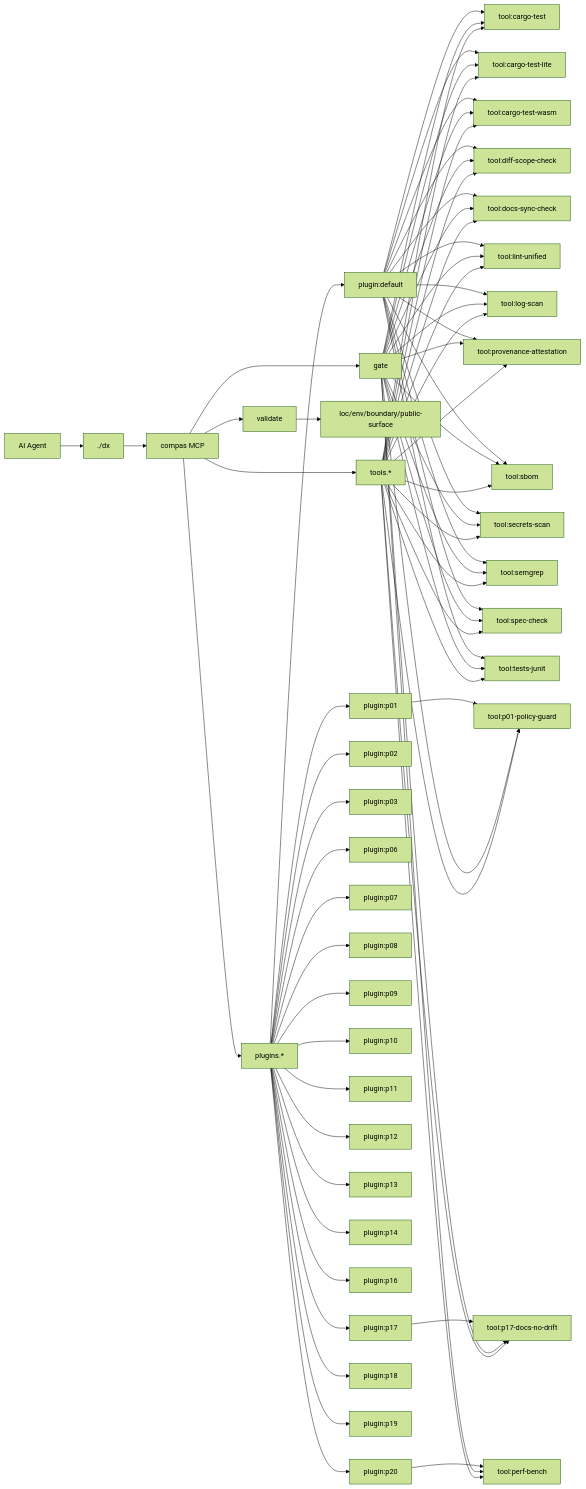
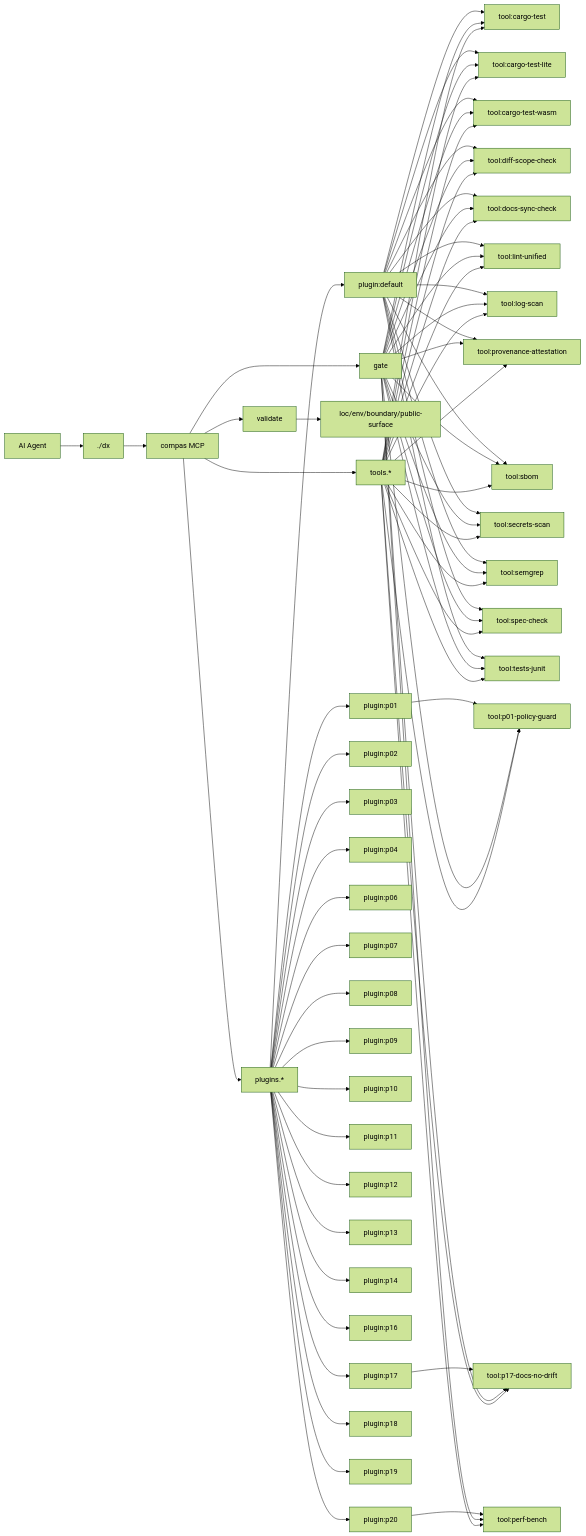
The diagram in AGENTS.md (AmirTlinov/compas), drawn with Mermaid (forest theme) before and after one commit. The commit also changed other lines of this file and 4 other files, not shown here.

````diff
--- a/AGENTS.md
+++ b/AGENTS.md
@@ -79,76 +80,77 @@
 ```mermaid
 flowchart LR
   Agent[AI Agent] --> DX[./dx]
   DX --> MCP[compas MCP]
   MCP --> V[validate]
   MCP --> G[gate]
   MCP --> PL[plugins.*]
   MCP --> TL[tools.*]
   V --> C1[loc/env/boundary/public-surface]
   PL --> P_default["plugin:default"]
   P_default --> T_cargo_test["tool:cargo-test"]
   G --> T_cargo_test
   P_default --> T_cargo_test_lite["tool:cargo-test-lite"]
   G --> T_cargo_test_lite
   P_default --> T_cargo_test_wasm["tool:cargo-test-wasm"]
   G --> T_cargo_test_wasm
   P_default --> T_diff_scope_check["tool:diff-scope-check"]
   G --> T_diff_scope_check
   P_default --> T_docs_sync_check["tool:docs-sync-check"]
   G --> T_docs_sync_check
   P_default --> T_lint_unified["tool:lint-unified"]
   G --> T_lint_unified
   P_default --> T_log_scan["tool:log-scan"]
   G --> T_log_scan
   P_default --> T_provenance_attestation["tool:provenance-attestation"]
   G --> T_provenance_attestation
   P_default --> T_sbom["tool:sbom"]
   G --> T_sbom
   P_default --> T_secrets_scan["tool:secrets-scan"]
   G --> T_secrets_scan
   P_default --> T_semgrep["tool:semgrep"]
   G --> T_semgrep
   P_default --> T_spec_check["tool:spec-check"]
   G --> T_spec_check
   P_default --> T_tests_junit["tool:tests-junit"]
   G --> T_tests_junit
   PL --> P_p01["plugin:p01"]
   P_p01 --> T_p01_policy_guard["tool:p01-policy-guard"]
   G --> T_p01_policy_guard
   PL --> P_p02["plugin:p02"]
   PL --> P_p03["plugin:p03"]
+  PL --> P_p04["plugin:p04"]
   PL --> P_p06["plugin:p06"]
   PL --> P_p07["plugin:p07"]
   PL --> P_p08["plugin:p08"]
   PL --> P_p09["plugin:p09"]
   PL --> P_p10["plugin:p10"]
   PL --> P_p11["plugin:p11"]
   PL --> P_p12["plugin:p12"]
   PL --> P_p13["plugin:p13"]
   PL --> P_p14["plugin:p14"]
   PL --> P_p16["plugin:p16"]
   PL --> P_p17["plugin:p17"]
   P_p17 --> T_p17_docs_no_drift["tool:p17-docs-no-drift"]
   G --> T_p17_docs_no_drift
   PL --> P_p18["plugin:p18"]
   PL --> P_p19["plugin:p19"]
   PL --> P_p20["plugin:p20"]
   P_p20 --> T_perf_bench["tool:perf-bench"]
   G --> T_perf_bench
   TL --> T_cargo_test
   TL --> T_cargo_test_lite
   TL --> T_cargo_test_wasm
   TL --> T_diff_scope_check
   TL --> T_docs_sync_check
   TL --> T_lint_unified
   TL --> T_log_scan
   TL --> T_p01_policy_guard
   TL --> T_p17_docs_no_drift
   TL --> T_perf_bench
   TL --> T_provenance_attestation
   TL --> T_sbom
   TL --> T_secrets_scan
   TL --> T_semgrep
   TL --> T_spec_check
   TL --> T_tests_junit
 ```
````
